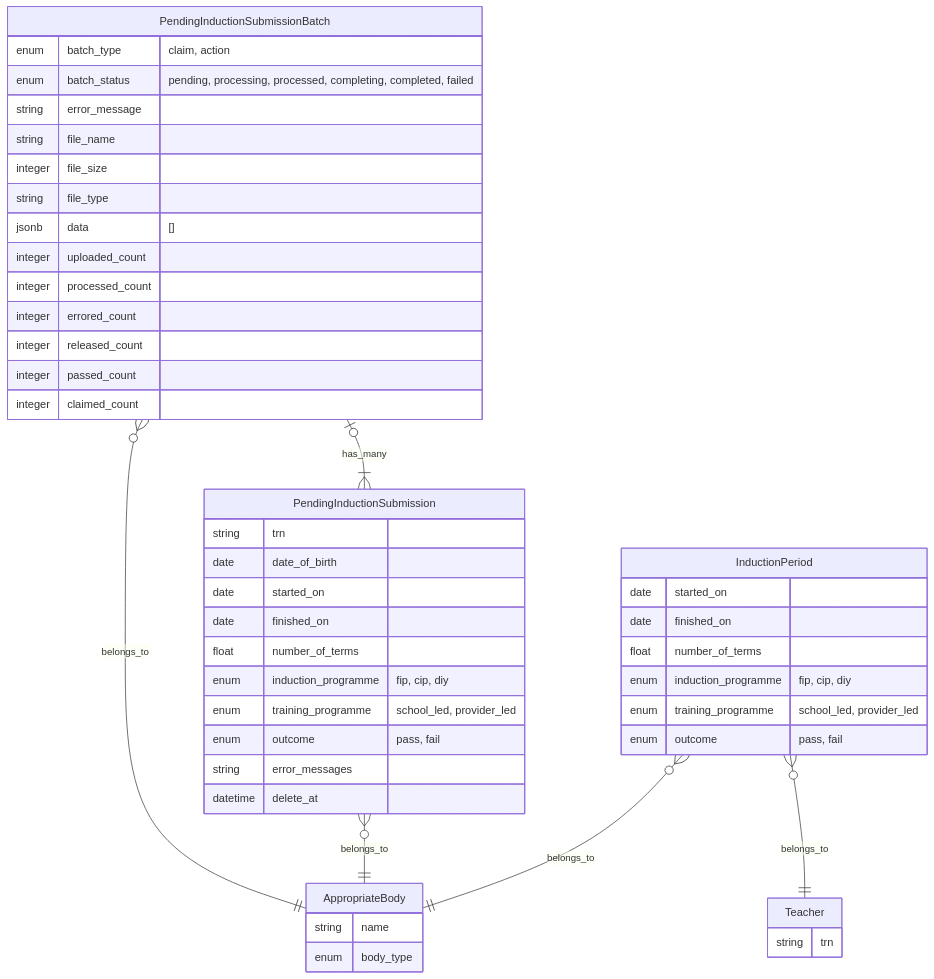
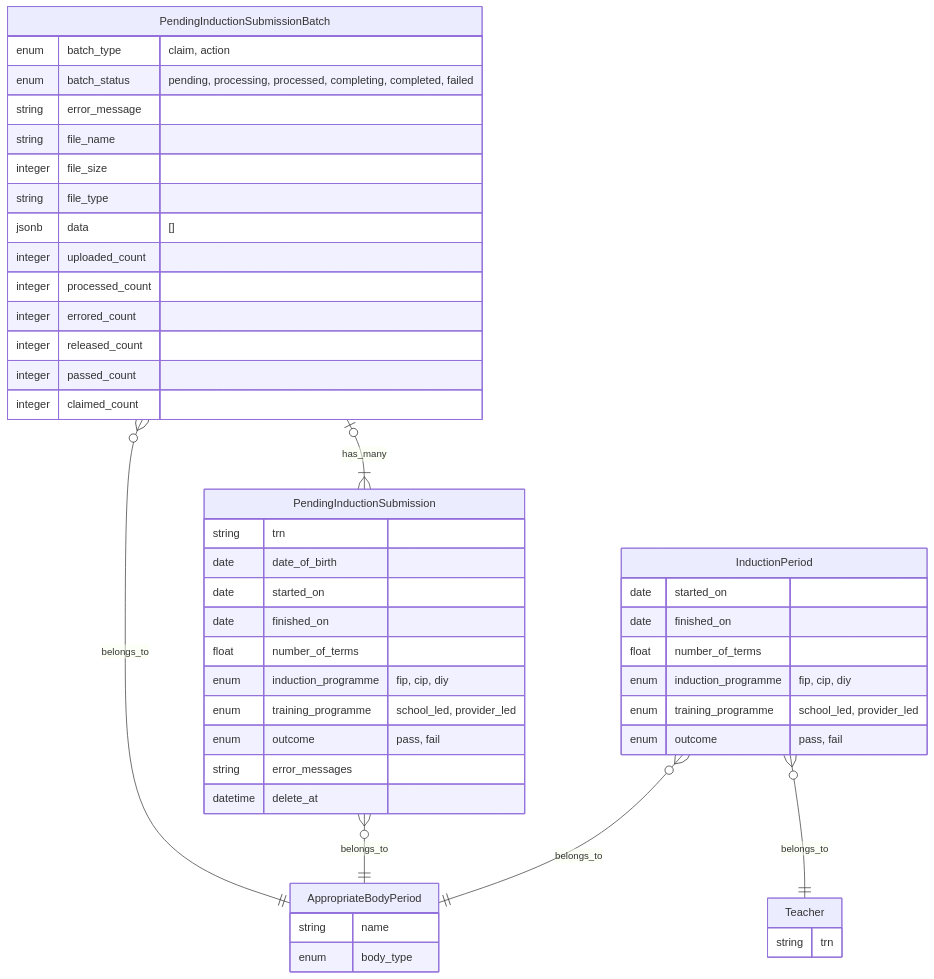
One commit to DFE-Digital/register-early-career-teachers-public changed the diagram in documentation/csv-processing.md. Above: the diagram before and after it, drawn with Mermaid. The commit also changed 35 other files, not shown here.

````diff
--- a/documentation/csv-processing.md
+++ b/documentation/csv-processing.md
@@ -8,56 +8,56 @@
 ```mermaid
 erDiagram
 
-  AppropriateBody {
+  AppropriateBodyPeriod {
     string name
     enum body_type
   }
 
   PendingInductionSubmissionBatch {
     enum batch_type "claim, action"
     enum batch_status "pending, processing, processed, completing, completed, failed"
     string error_message
     string file_name
     integer file_size
     string file_type
     jsonb data "[]"
     integer uploaded_count
     integer processed_count
     integer errored_count
     integer released_count
     integer passed_count
     integer claimed_count
   }
 
   PendingInductionSubmission {
     string trn
     date date_of_birth
     date started_on
     date finished_on
     float number_of_terms
     enum induction_programme "fip, cip, diy"
     enum training_programme "school_led, provider_led"
     enum outcome "pass, fail"
     string error_messages
     datetime delete_at
   }
 
   Teacher {
     string trn
   }
 
   InductionPeriod {
     date started_on
     date finished_on
     float number_of_terms
     enum induction_programme "fip, cip, diy"
     enum training_programme "school_led, provider_led"
     enum outcome "pass, fail"
   }
 
   PendingInductionSubmissionBatch |o--|{ PendingInductionSubmission : has_many
-  PendingInductionSubmissionBatch }o--|| AppropriateBody : belongs_to
-  PendingInductionSubmission }o--|| AppropriateBody : belongs_to
-  InductionPeriod }o--|| AppropriateBody : belongs_to
+  PendingInductionSubmissionBatch }o--|| AppropriateBodyPeriod : belongs_to
+  PendingInductionSubmission }o--|| AppropriateBodyPeriod : belongs_to
+  InductionPeriod }o--|| AppropriateBodyPeriod : belongs_to
   InductionPeriod }o--|| Teacher : belongs_to
 ```
````
